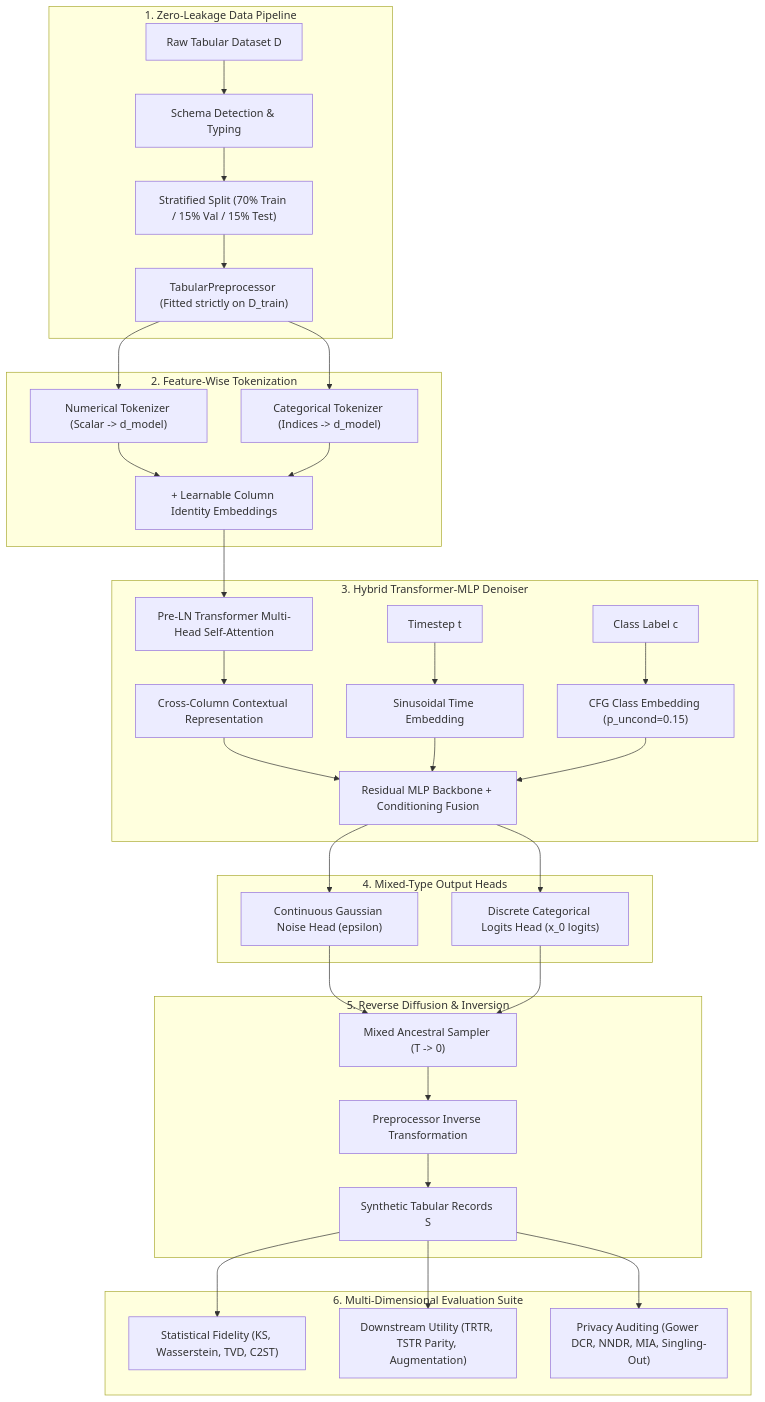
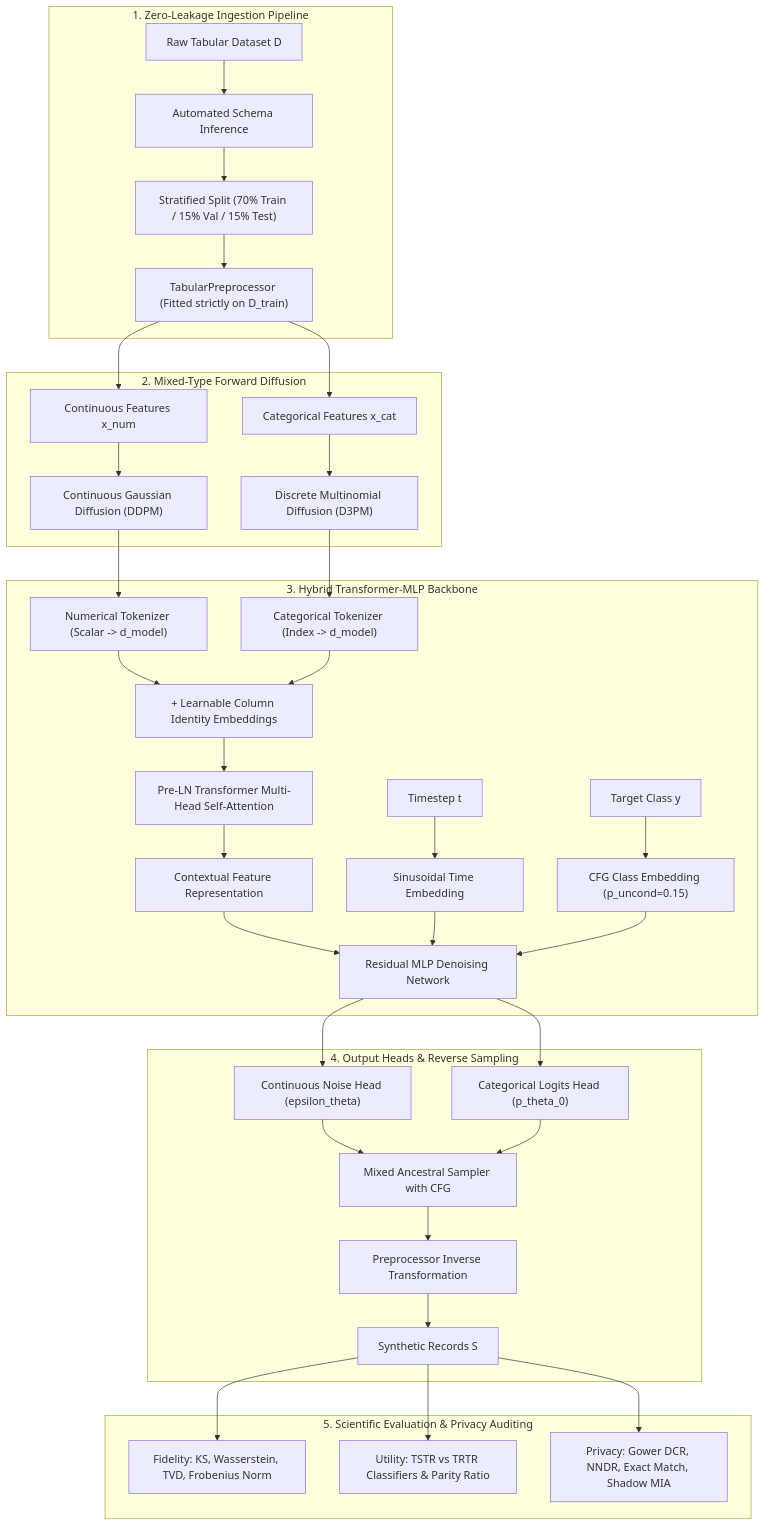
The diagram in README.md (y-Shreya21/TabSynth-AI), drawn with Mermaid before and after one commit. The commit also changed other lines of this file and 43 other files, not shown here.

````diff
--- a/README.md
+++ b/README.md
@@ -27,43 +67,44 @@
 ```mermaid
 flowchart TD
-    subgraph DataPrep["1. Zero-Leakage Data Pipeline"]
-        Raw["Raw Tabular Dataset D"] --> Schema["Schema Detection & Typing"]
-        Schema --> Split["Stratified Split (70% Train / 15% Val / 15% Test)"]
+    subgraph Ingestion["1. Zero-Leakage Ingestion Pipeline"]
+        Raw["Raw Tabular Dataset D"] --> Infer["Automated Schema Inference"]
+        Infer --> Split["Stratified Split (70% Train / 15% Val / 15% Test)"]
         Split --> Prep["TabularPreprocessor (Fitted strictly on D_train)"]
     end
 
-    subgraph Tokenization["2. Feature-Wise Tokenization"]
-        Prep --> ContTok["Numerical Tokenizer (Scalar -> d_model)"]
-        Prep --> CatTok["Categorical Tokenizer (Indices -> d_model)"]
-        ContTok --> ColEmbed["+ Learnable Column Identity Embeddings"]
-        CatTok --> ColEmbed
+    subgraph DualDiffusion["2. Mixed-Type Forward Diffusion"]
+        Prep --> NumData["Continuous Features x_num"]
+        Prep --> CatData["Categorical Features x_cat"]
+        NumData --> GaussDiff["Continuous Gaussian Diffusion (DDPM)"]
+        CatData --> D3PMDiff["Discrete Multinomial Diffusion (D3PM)"]
     end
 
-    subgraph Denoising["3. Hybrid Transformer-MLP Denoiser"]
-        ColEmbed --> Trans["Pre-LN Transformer Multi-Head Self-Attention"]
-        Trans --> LatentCat["Cross-Column Contextual Representation"]
-        Step["Timestep t"] --> TimeEmb["Sinusoidal Time Embedding"]
-        Class["Class Label c"] --> ClassEmb["CFG Class Embedding (p_uncond=0.15)"]
-        LatentCat --> MLP["Residual MLP Backbone + Conditioning Fusion"]
-        TimeEmb --> MLP
-        ClassEmb --> MLP
+    subgraph DenoiserBackbone["3. Hybrid Transformer-MLP Backbone"]
+        GaussDiff --> NumTok["Numerical Tokenizer (Scalar -> d_model)"]
+        D3PMDiff --> CatTok["Categorical Tokenizer (Index -> d_model)"]
+        NumTok --> ColId["+ Learnable Column Identity Embeddings"]
+        CatTok --> ColId
+        ColId --> PreLN["Pre-LN Transformer Multi-Head Self-Attention"]
+        PreLN --> FusedRep["Contextual Feature Representation"]
+        TimeStep["Timestep t"] --> SinTime["Sinusoidal Time Embedding"]
+        ClassY["Target Class y"] --> CFGClass["CFG Class Embedding (p_uncond=0.15)"]
+        FusedRep --> ResMLP["Residual MLP Denoising Network"]
+        SinTime --> ResMLP
+        CFGClass --> ResMLP
     end
 
-    subgraph Heads["4. Mixed-Type Output Heads"]
-        MLP --> HeadNum["Continuous Gaussian Noise Head (epsilon)"]
-        MLP --> HeadCat["Discrete Categorical Logits Head (x_0 logits)"]
+    subgraph HeadsAndReverse["4. Output Heads & Reverse Sampling"]
+        ResMLP --> HeadEps["Continuous Noise Head (epsilon_theta)"]
+        ResMLP --> HeadLogits["Categorical Logits Head (p_theta_0)"]
+        HeadEps --> RevSample["Mixed Ancestral Sampler with CFG"]
+        HeadLogits --> RevSample
+        RevSample --> InvTransform["Preprocessor Inverse Transformation"]
+        InvTransform --> SynthData["Synthetic Records S"]
     end
 
-    subgraph Sampling["5. Reverse Diffusion & Inversion"]
-        HeadNum --> RevDiff["Mixed Ancestral Sampler (T -> 0)"]
-        HeadCat --> RevDiff
-        RevDiff --> InvTrans["Preprocessor Inverse Transformation"]
-        InvTrans --> SynthData["Synthetic Tabular Records S"]
-    end
-
-    subgraph Evaluation["6. Multi-Dimensional Evaluation Suite"]
-        SynthData --> Fidelity["Statistical Fidelity (KS, Wasserstein, TVD, C2ST)"]
-        SynthData --> Utility["Downstream Utility (TRTR, TSTR Parity, Augmentation)"]
-        SynthData --> Privacy["Privacy Auditing (Gower DCR, NNDR, MIA, Singling-Out)"]
+    subgraph EvaluationSuite["5. Scientific Evaluation & Privacy Auditing"]
+        SynthData --> Fidelity["Fidelity: KS, Wasserstein, TVD, Frobenius Norm"]
+        SynthData --> Utility["Utility: TSTR vs TRTR Classifiers & Parity Ratio"]
+        SynthData --> Privacy["Privacy: Gower DCR, NNDR, Exact Match, Shadow MIA"]
     end
 ```
````
